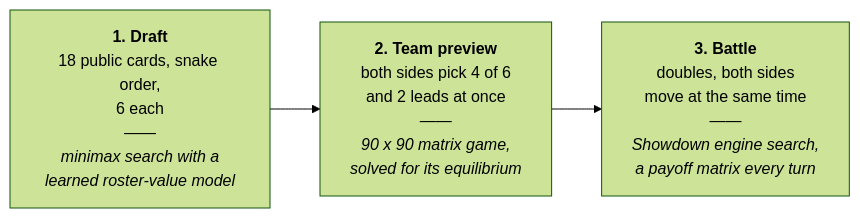
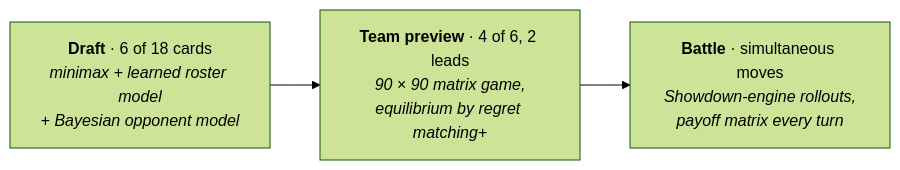
The second of 4 diagrams in PUBLIC_README.md (Astro-wen/ucla-agent-tournament), drawn with Mermaid (forest theme) before and after one commit. The commit also changed other lines of this file and 7 other files, not shown here.

Commit message:
Public README: concise per-game strategy write-up with figures (assets/, exported)

````diff
--- a/PUBLIC_README.md
+++ b/PUBLIC_README.md
@@ -56,5 +44,5 @@
 ```mermaid
 flowchart LR
-    D["<b>1. Draft</b><br/>18 public cards, snake order,<br/>6 each<br/>――<br/><i>minimax search with a<br/>learned roster-value model</i>"] --> T["<b>2. Team preview</b><br/>both sides pick 4 of 6<br/>and 2 leads at once<br/>――<br/><i>90 x 90 matrix game,<br/>solved for its equilibrium</i>"]
-    T --> B["<b>3. Battle</b><br/>doubles, both sides<br/>move at the same time<br/>――<br/><i>Showdown engine search,<br/>a payoff matrix every turn</i>"]
+    D["<b>Draft</b> · 6 of 18 cards<br/><i>minimax + learned roster model<br/>+ Bayesian opponent model</i>"] --> T["<b>Team preview</b> · 4 of 6, 2 leads<br/><i>90 × 90 matrix game,<br/>equilibrium by regret matching+</i>"]
+    T --> B["<b>Battle</b> · simultaneous moves<br/><i>Showdown-engine rollouts,<br/>payoff matrix every turn</i>"]
 ```
````
